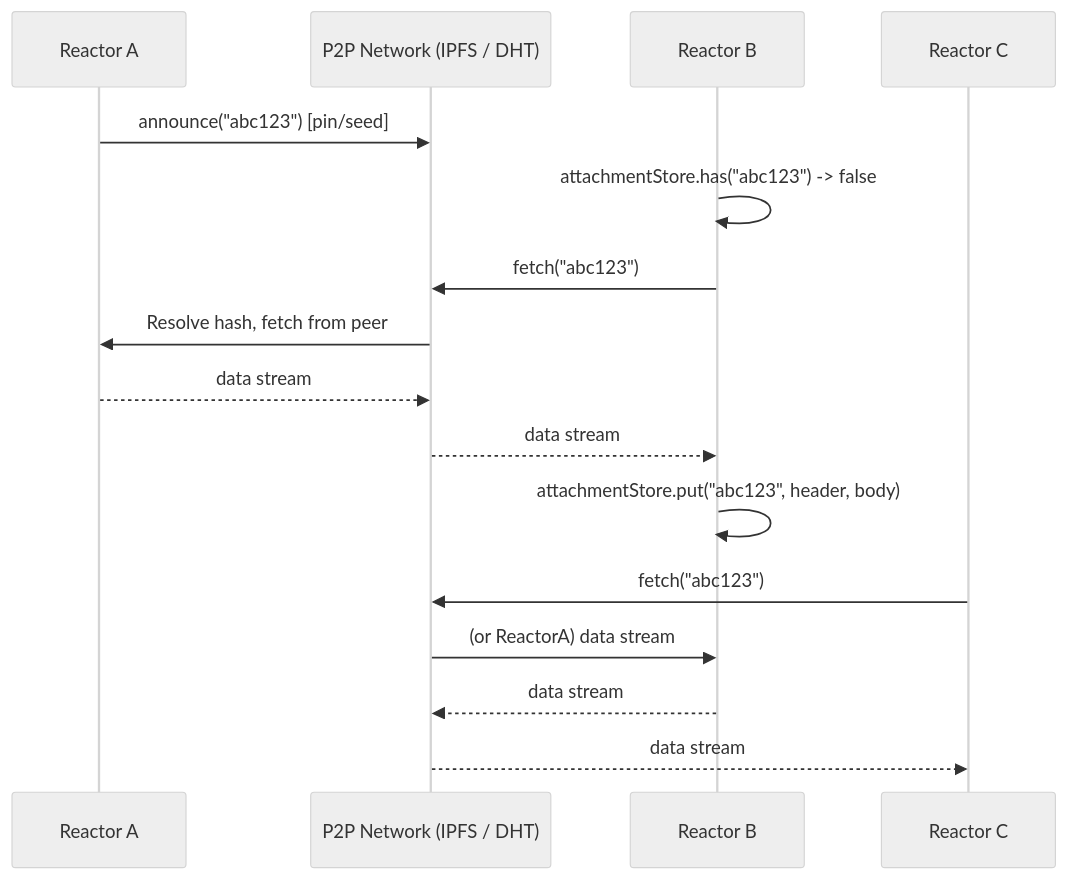
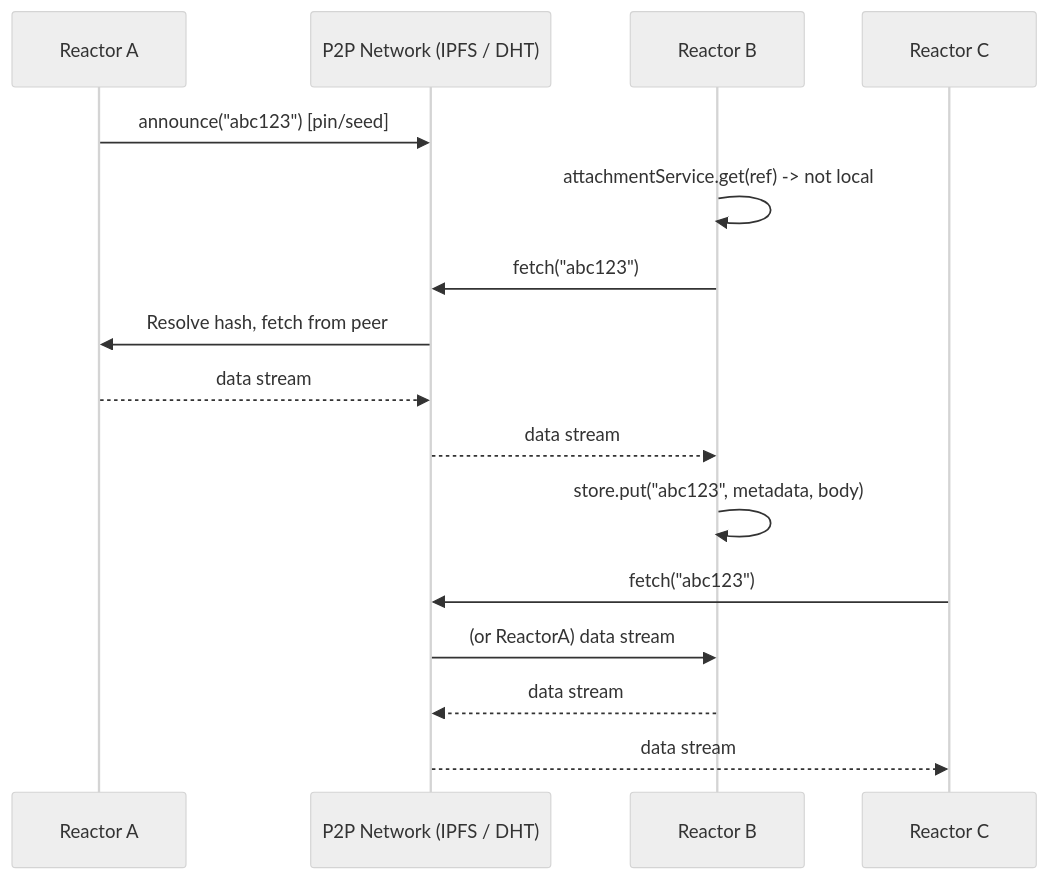
Before and after one commit to powerhouse-inc/powerhouse: the fifth of 8 diagrams in packages/reactor/docs/attachments.md, drawn with Mermaid (neutral theme). The commit also changed other lines of this file, not shown here.

Commit message:
chore: removing operations and simplifying upload through attachment service

````diff
--- a/packages/reactor/docs/attachments.md
+++ b/packages/reactor/docs/attachments.md
@@ -609,21 +503,21 @@
 ```mermaid
 sequenceDiagram
     participant ReactorA as Reactor A
     participant Network as P2P Network (IPFS / DHT)
     participant ReactorB as Reactor B
     participant ReactorC as Reactor C
 
     ReactorA->>Network: announce("abc123") [pin/seed]
 
-    ReactorB->>ReactorB: attachmentStore.has("abc123") -> false
+    ReactorB->>ReactorB: attachmentService.get(ref) -> not local
     ReactorB->>Network: fetch("abc123")
     Network->>ReactorA: Resolve hash, fetch from peer
     ReactorA-->>Network: data stream
     Network-->>ReactorB: data stream
-    ReactorB->>ReactorB: attachmentStore.put("abc123", header, body)
+    ReactorB->>ReactorB: store.put("abc123", metadata, body)
 
     ReactorC->>Network: fetch("abc123")
     Network->>ReactorB: (or ReactorA) data stream
     ReactorB-->>Network: data stream
     Network-->>ReactorC: data stream
 ```
````
